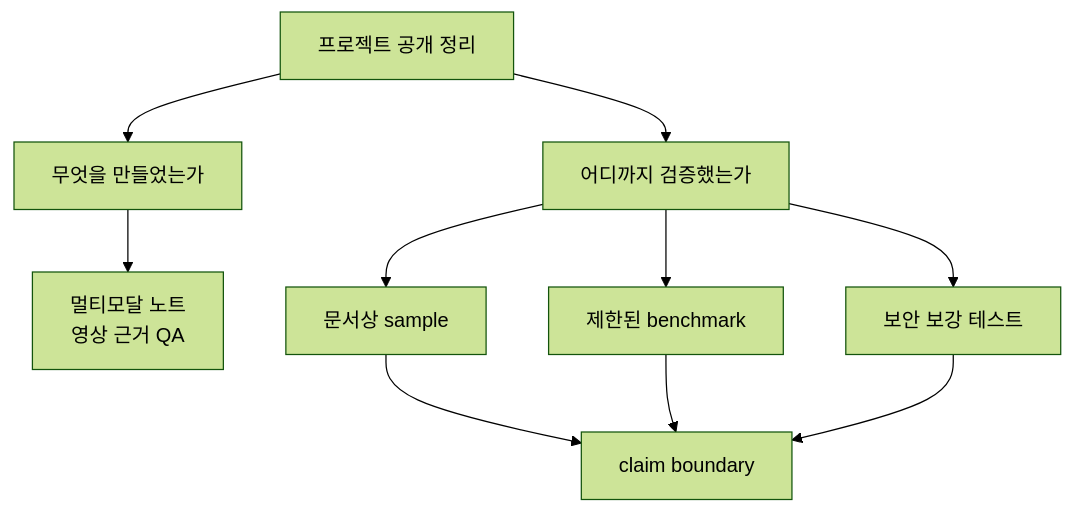
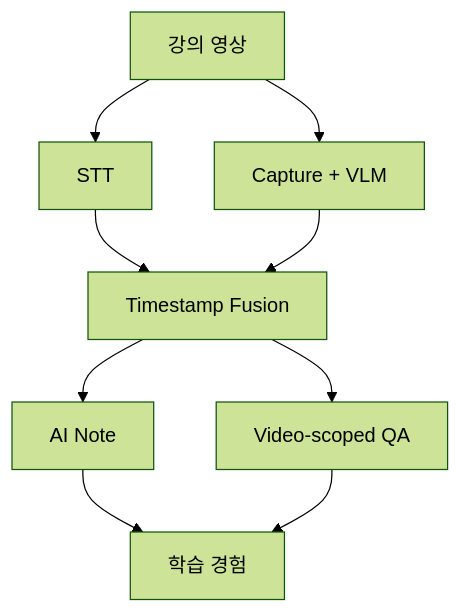
One commit to figure-2/figure-2.github.io changed the first of 2 diagrams in _posts/2026-02-10-project-sesac-note-10-validation-retrospective.md. Above: the diagram before and after it, drawn with Mermaid (forest theme). The commit also changed other lines of this file and 28 other files, not shown here.

````diff
--- a/_posts/2026-02-10-project-sesac-note-10-validation-retrospective.md
+++ b/_posts/2026-02-10-project-sesac-note-10-validation-retrospective.md
@@ -25,12 +21,11 @@
 ```mermaid
 flowchart TB
-    A[프로젝트 공개 정리] --> B[무엇을 만들었는가]
-    A --> C[어디까지 검증했는가]
-    B --> D[멀티모달 노트<br/>영상 근거 QA]
-    C --> E[문서상 sample]
-    C --> F[제한된 benchmark]
-    C --> G[보안 보강 테스트]
-    E --> H[claim boundary]
-    F --> H
-    G --> H
+    A[강의 영상] --> B[STT]
+    A --> C[Capture + VLM]
+    B --> D[Timestamp Fusion]
+    C --> D
+    D --> E[AI Note]
+    D --> F[Video-scoped QA]
+    E --> G[학습 경험]
+    F --> G
 ```
````
